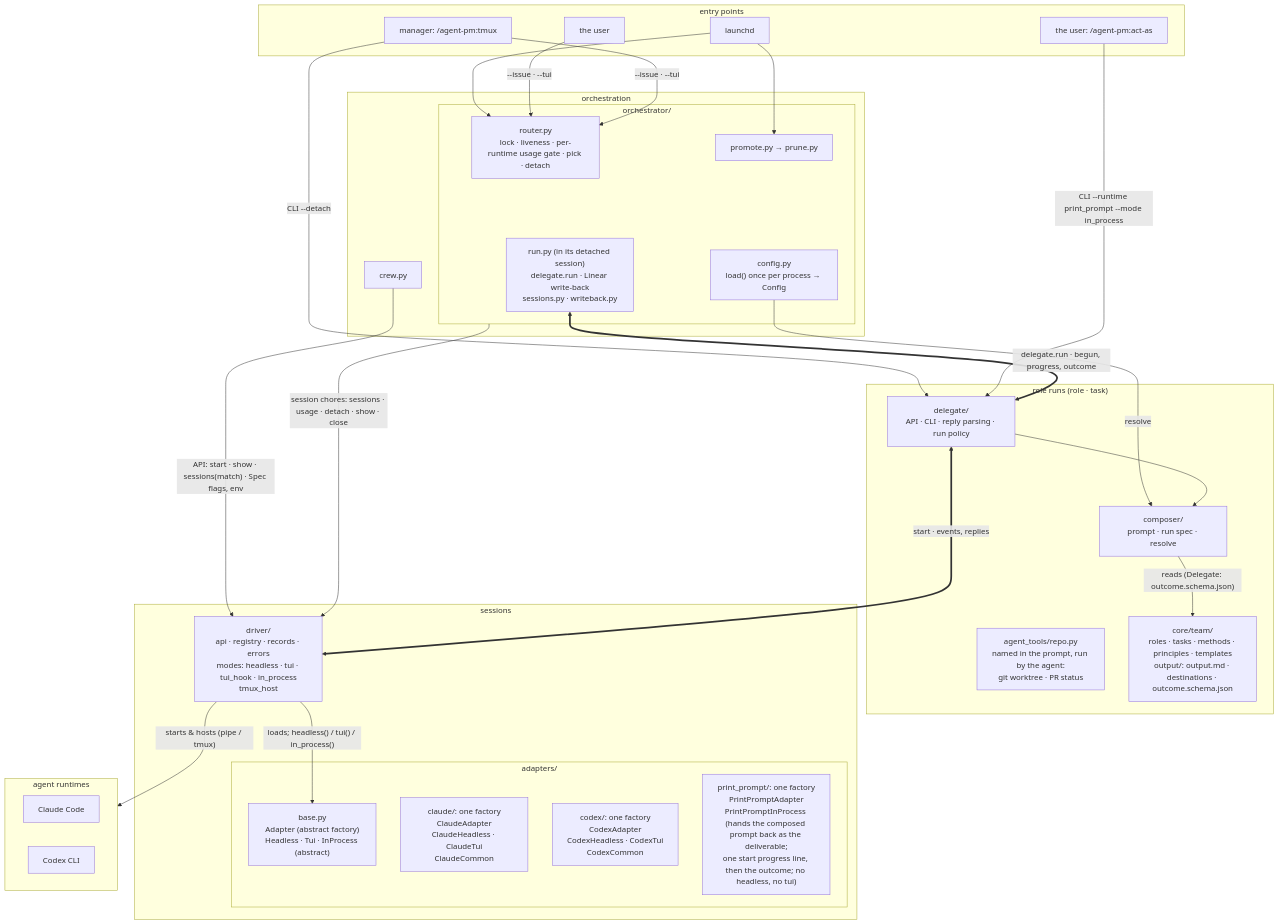
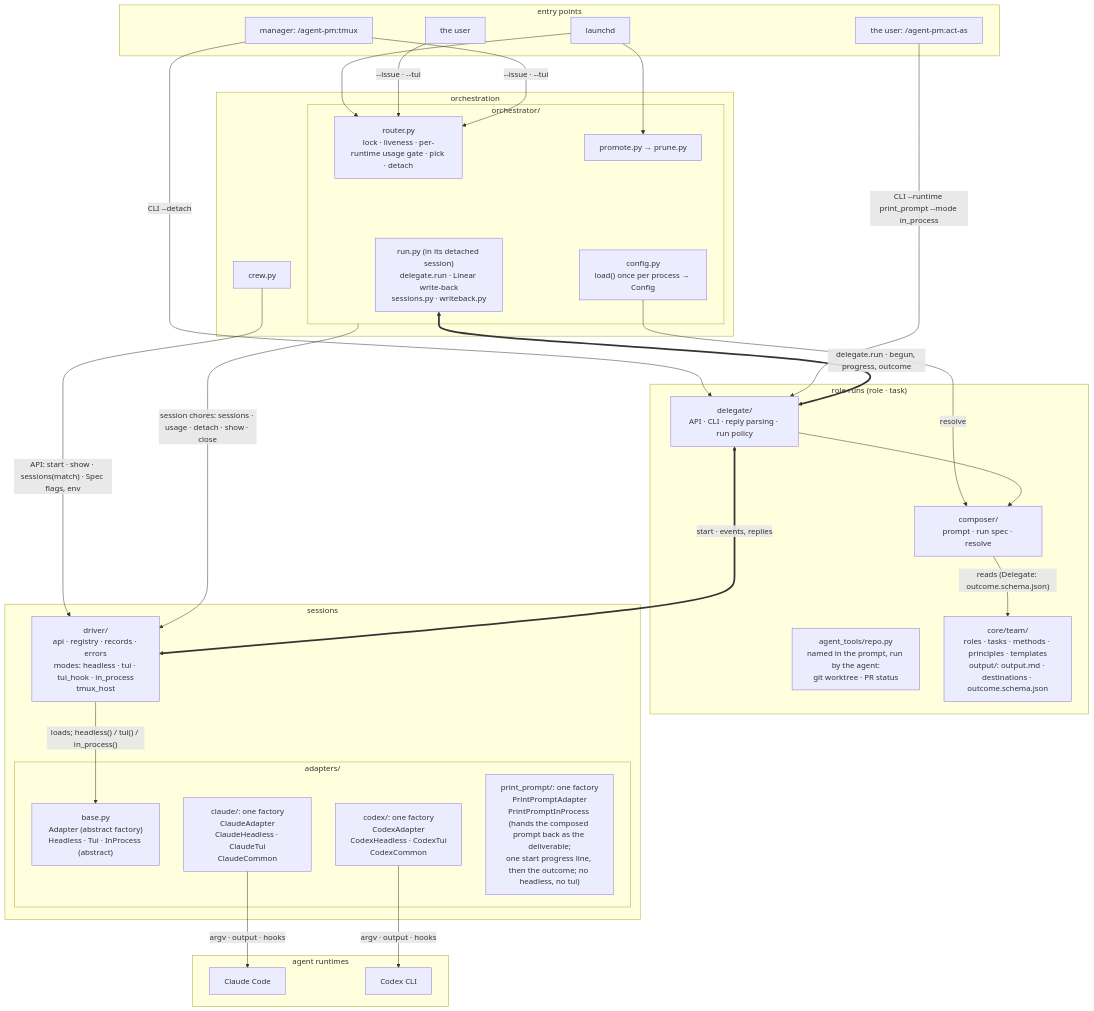
The second of 4 diagrams in README.md (ophis/agent-pm), drawn with Mermaid before and after one commit. The commit also changed other lines of this file, not shown here.

Commit message:
README: runtimes hang under their adapters in the architecture diagram
Claude-Session: https://claude.ai/code/session_01DWNTKp8E4ZkndBswMuqLEu

````diff
--- a/README.md
+++ b/README.md
@@ -20,53 +20,54 @@
 ```mermaid
 flowchart TB
   subgraph EN[entry points]
     LD[launchd]
     HU[the user]
     M["manager: /agent-pm:tmux"]
     A["the user: /agent-pm:act-as"]
   end
   subgraph L1[orchestration]
     subgraph OR[orchestrator/]
       R["router.py<br>lock · liveness · per-runtime usage gate · pick · detach"]
       RU["run.py (in its detached session)<br>delegate.run · Linear write-back<br>sessions.py · writeback.py"]
       PP["promote.py → prune.py"]
       CF["config.py<br>load() once per process → Config"]
     end
     W[crew.py]
   end
   subgraph L2["role runs (role · task)"]
     D["delegate/<br>API · CLI · reply parsing · run policy"]
     C["composer/<br>prompt · run spec · resolve"]
     AT["agent_tools/repo.py<br>named in the prompt, run by the agent:<br>git worktree · PR status"]
     T["core/team/<br>roles · tasks · methods · principles · templates<br>output/: output.md · destinations · outcome.schema.json"]
   end
   subgraph L3[sessions]
     DR["driver/<br>api · registry · records · errors<br>modes: headless · tui · tui_hook · in_process<br>tmux_host"]
     subgraph AD[adapters/]
       B["base.py<br>Adapter (abstract factory)<br>Headless · Tui · InProcess (abstract)"]
       CL["claude/: one factory<br>ClaudeAdapter<br>ClaudeHeadless · ClaudeTui<br>ClaudeCommon"]
       CX["codex/: one factory<br>CodexAdapter<br>CodexHeadless · CodexTui<br>CodexCommon"]
       PP2["print_prompt/: one factory<br>PrintPromptAdapter<br>PrintPromptInProcess (hands the composed prompt back as the deliverable;<br>one start progress line, then the outcome; no headless, no tui)"]
     end
   end
   subgraph RT[agent runtimes]
     P1[Claude Code]
     P2[Codex CLI]
   end
   LD --> R & PP
   HU & M -->|"--issue · --tui"| R
   M -->|"CLI --detach"| D
   A -->|"CLI --runtime print_prompt --mode in_process"| D
   W -->|"API: start · show · sessions(match) · Spec flags, env"| DR
   RU <==>|"delegate.run · begun, progress, outcome"| D
   CF -->|resolve| C
   OR -->|"session chores: sessions · usage · detach · show · close"| DR
   D --> C
   C -->|"reads (Delegate: outcome.schema.json)"| T
   D <==>|"start · events, replies"| DR
   DR -->|"loads; headless() / tui() / in_process()"| B
-  DR -->|"starts & hosts (pipe / tmux)"| RT
+  CL -->|"argv · output · hooks"| P1
+  CX -->|"argv · output · hooks"| P2
   R ~~~ RU
   PP ~~~ CF
   C ~~~ DR
 ```
````
